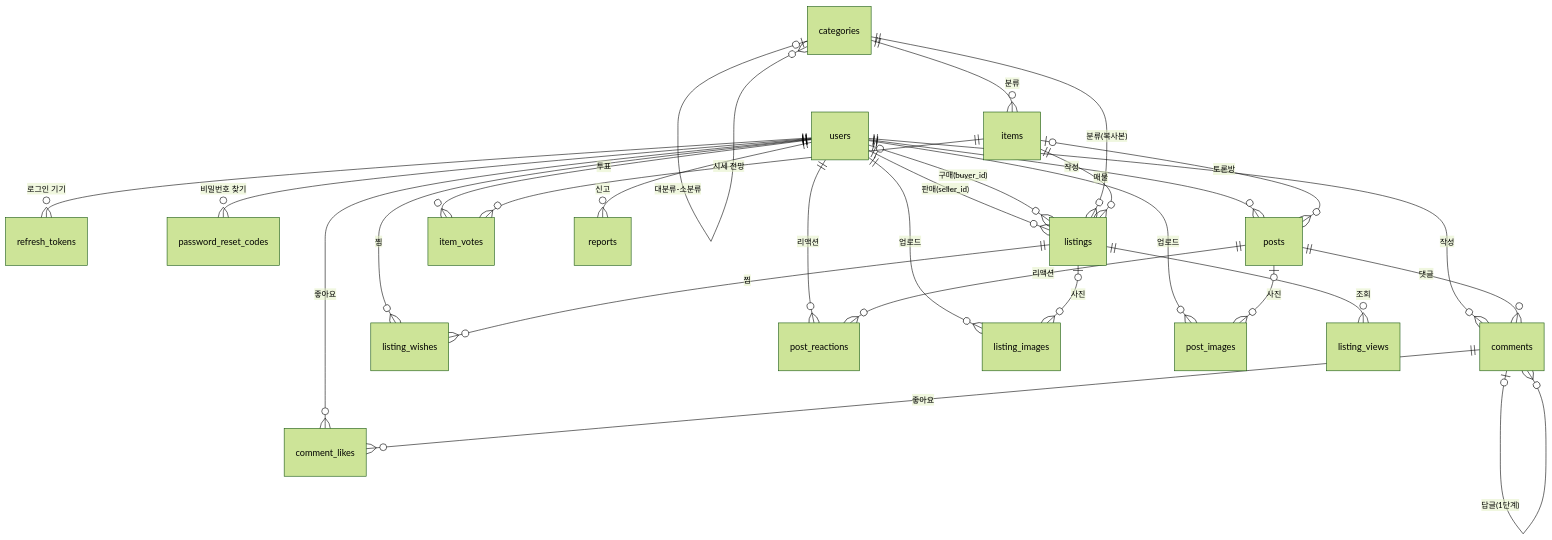
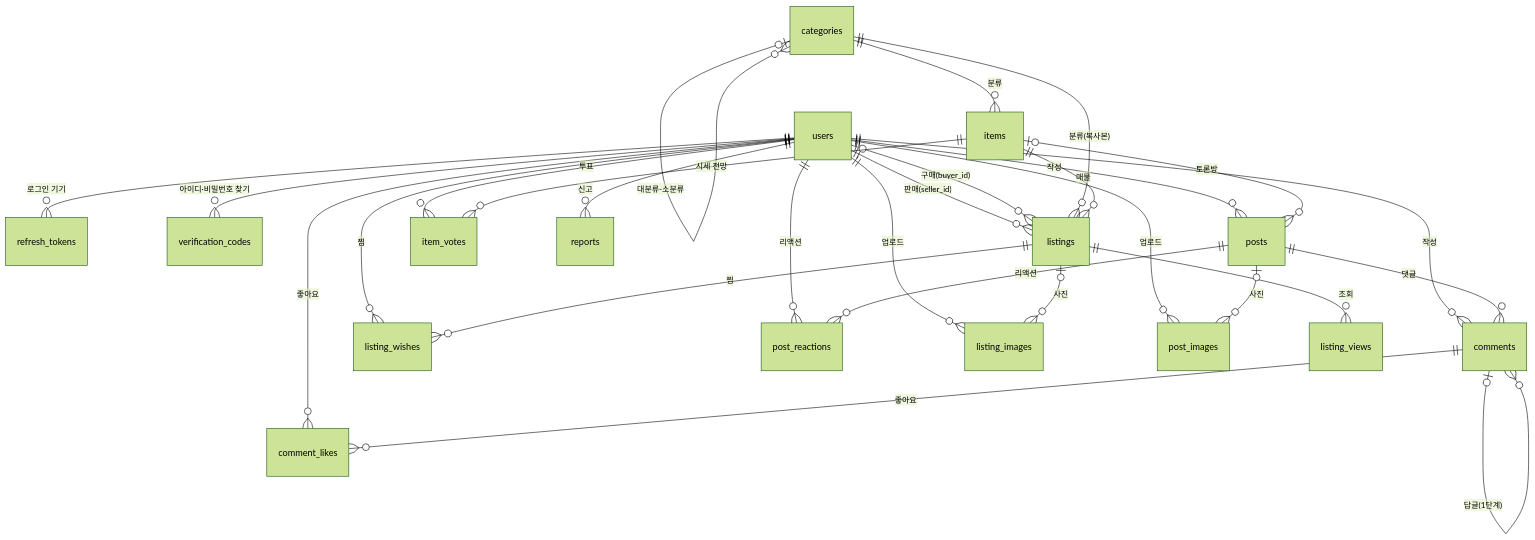
The diagram in backend/docs/erd.md (likelion-backendschool-11st/basic-project-4team), drawn with Mermaid (forest theme) before and after one commit. The commit also changed other lines of this file and 27 other files, not shown here.

First line of the commit message:
feat: 아이디·비밀번호 찾기를 이메일 인증코드 3단계로 변경 (#45)

````diff
--- a/backend/docs/erd.md
+++ b/backend/docs/erd.md
@@ -44,34 +44,34 @@
 ```mermaid
 erDiagram
     users ||--o{ refresh_tokens : "로그인 기기"
-    users ||--o{ password_reset_codes : "비밀번호 찾기"
+    users ||--o{ verification_codes : "아이디·비밀번호 찾기"
     users ||--o{ listings : "판매(seller_id)"
     users |o--o{ listings : "구매(buyer_id)"
     users ||--o{ posts : "작성"
     users ||--o{ comments : "작성"
     users ||--o{ listing_wishes : "찜"
     users ||--o{ post_reactions : "리액션"
     users ||--o{ comment_likes : "좋아요"
     users ||--o{ item_votes : "투표"
     users ||--o{ reports : "신고"
     users ||--o{ listing_images : "업로드"
     users ||--o{ post_images : "업로드"
 
     categories |o--o{ categories : "대분류-소분류"
     categories ||--o{ items : "분류"
     categories ||--o{ listings : "분류(복사본)"
 
     items ||--o{ listings : "매물"
     items |o--o{ posts : "토론방"
     items ||--o{ item_votes : "시세 전망"
 
     listings |o--o{ listing_images : "사진"
     listings ||--o{ listing_wishes : "찜"
     listings ||--o{ listing_views : "조회"
 
     posts |o--o{ post_images : "사진"
     posts ||--o{ post_reactions : "리액션"
     posts ||--o{ comments : "댓글"
     comments |o--o{ comments : "답글(1단계)"
     comments ||--o{ comment_likes : "좋아요"
 ```
````
